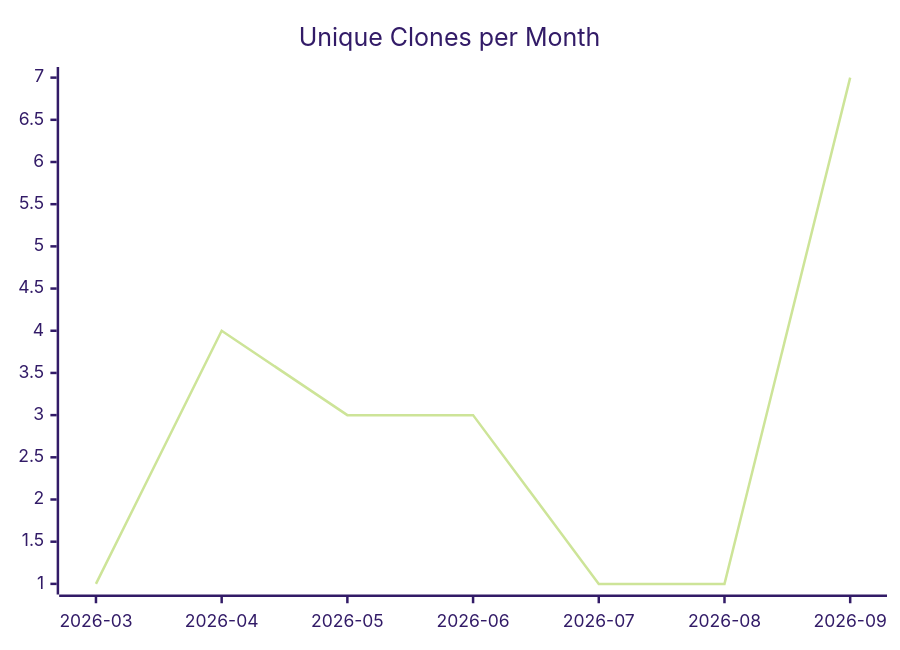
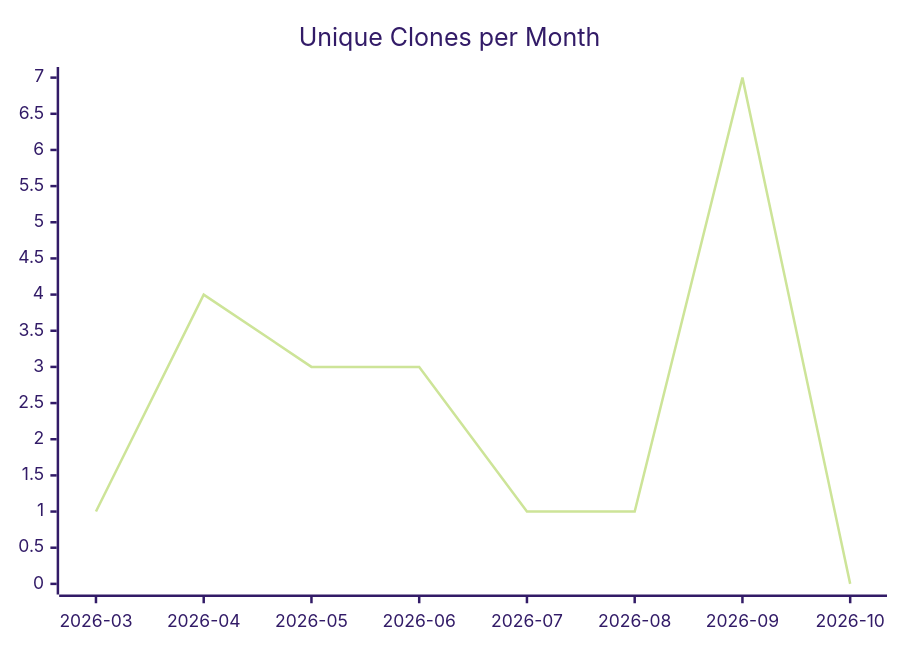
The third of 3 diagrams in karlmdavis/FHIR-Server/README.md (justdavis-family/github-analytics-data), drawn with Mermaid (forest theme) before and after one commit. The commit also changed other lines of this file and 202 other files, not shown here.

````diff
--- a/karlmdavis/FHIR-Server/README.md
+++ b/karlmdavis/FHIR-Server/README.md
@@ -19,6 +19,6 @@
 ```mermaid
 xychart-beta
   title "Unique Clones per Month"
-  x-axis ["2026-03", "2026-04", "2026-05", "2026-06", "2026-07", "2026-08", "2026-09"]
-  line [1, 4, 3, 3, 1, 1, 7]
+  x-axis ["2026-03", "2026-04", "2026-05", "2026-06", "2026-07", "2026-08", "2026-09", "2026-10"]
+  line [1, 4, 3, 3, 1, 1, 7, 0]
 ```
````
